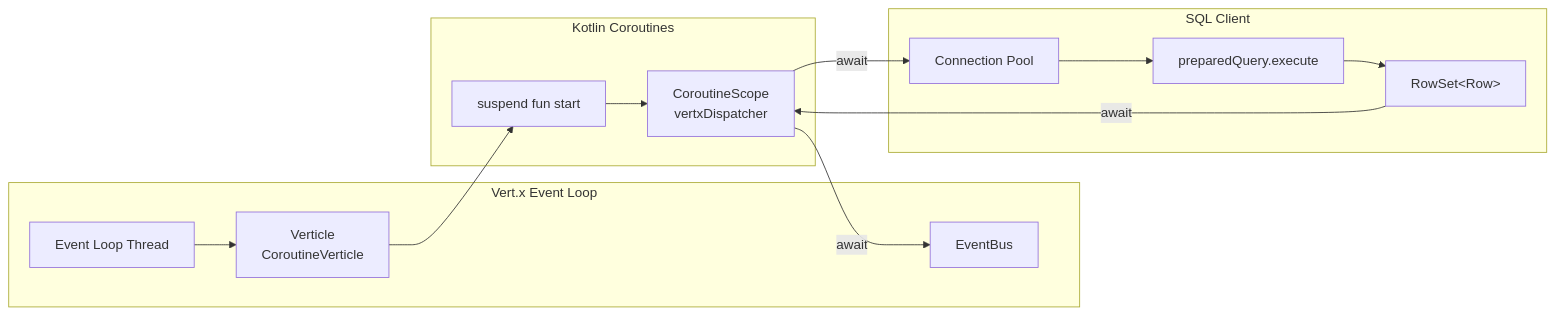
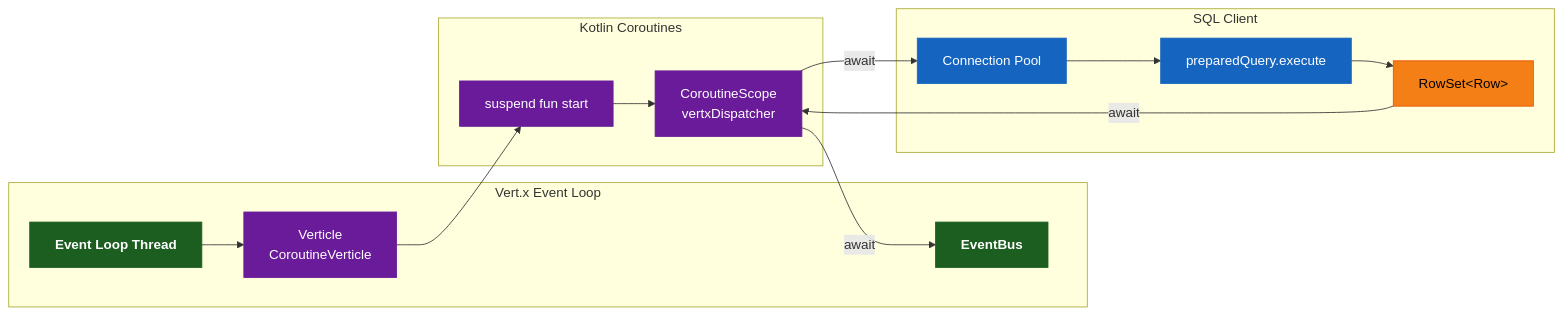
One commit to bluetape4k/bluetape4k-projects changed the second of 4 diagrams in io/vertx/README.md. Above: the diagram before and after it, drawn with Mermaid. The commit also changed other lines of this file and 221 other files, not shown here.

First line of the commit message:
docs: 전체 모듈 README UML 다이어그램 보강 및 색상 업그레이드

````diff
--- a/io/vertx/README.md
+++ b/io/vertx/README.md
@@ -99,27 +109,37 @@
 ```mermaid
 flowchart LR
     subgraph EventLoop["Vert.x Event Loop"]
         EL[Event Loop Thread]
         EB[EventBus]
         VER[Verticle<br/>CoroutineVerticle]
     end
 
     subgraph Coroutines["Kotlin Coroutines"]
         SC[suspend fun start]
         COR[CoroutineScope<br/>vertxDispatcher]
     end
 
     subgraph SQL_Client["SQL Client"]
         POOL[Connection Pool]
         QUERY[preparedQuery.execute]
         RS["RowSet&lt;Row&gt;"]
     end
 
     EL --> VER
     VER --> SC
     SC --> COR
     COR -->|await| EB
     COR -->|await| POOL
     POOL --> QUERY --> RS
     RS -->|await| COR
+
+    classDef coreStyle fill:#1B5E20,stroke:#1B5E20,color:#FFFFFF,font-weight:bold
+    classDef asyncStyle fill:#6A1B9A,stroke:#6A1B9A,color:#FFFFFF
+    classDef serviceStyle fill:#1565C0,stroke:#1565C0,color:#FFFFFF
+    classDef dataStyle fill:#F57F17,stroke:#E65100,color:#000000
+
+    class EL,EB coreStyle
+    class VER,SC,COR asyncStyle
+    class POOL,QUERY serviceStyle
+    class RS dataStyle
 ```
````
